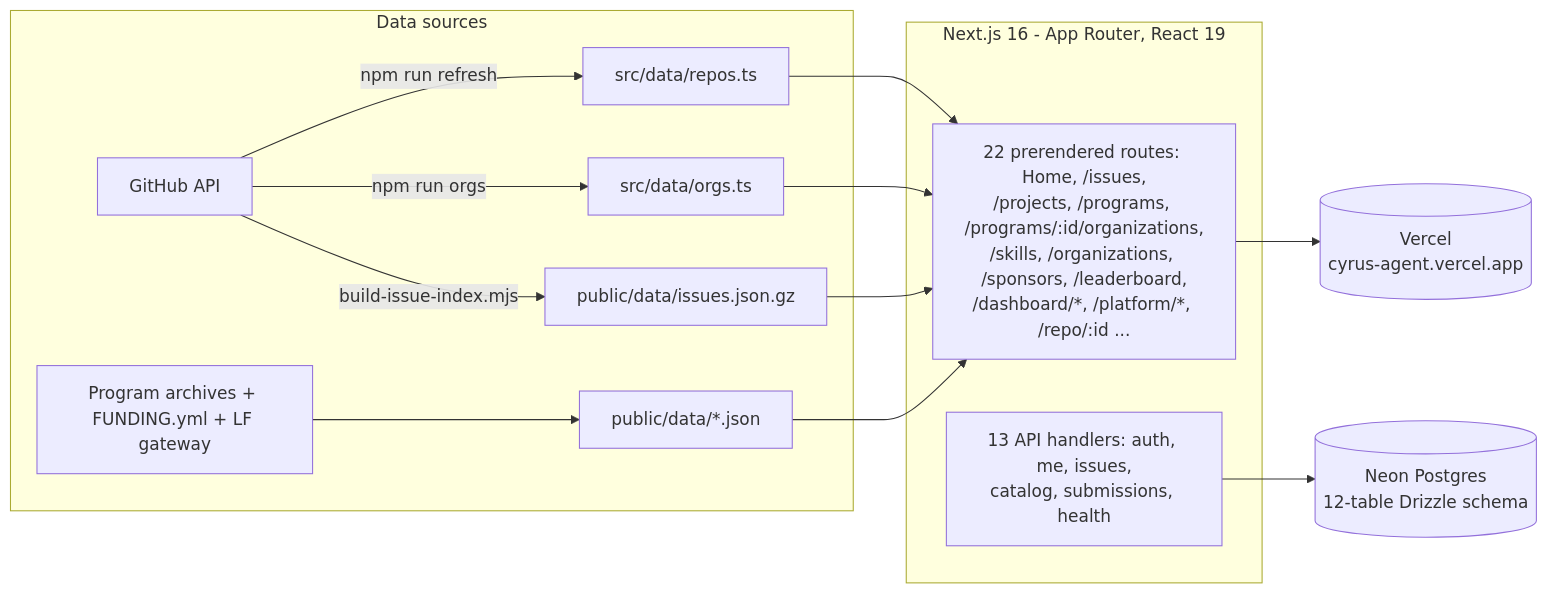
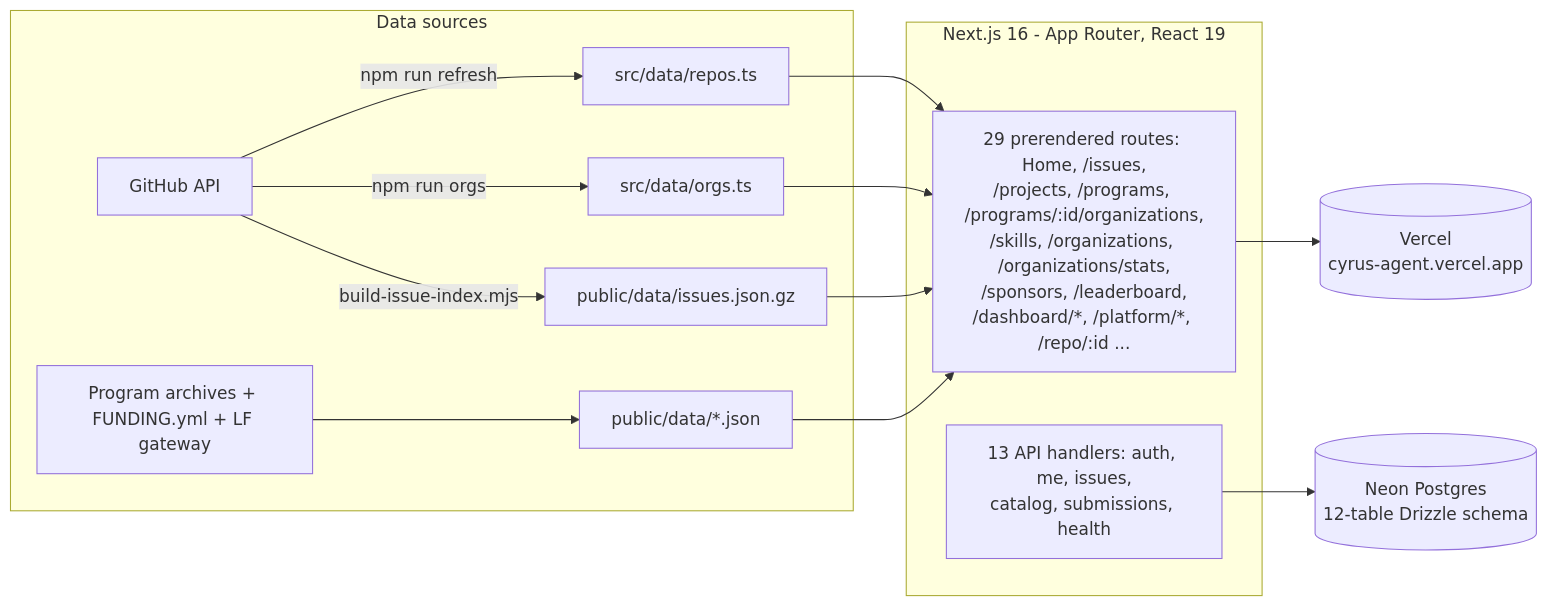
One commit to Harshit214713/cyrus changed the second of 2 diagrams in README.md. Above: the diagram before and after it, drawn with Mermaid. The commit also changed other lines of this file and 32 other files, not shown here.

````diff
--- a/README.md
+++ b/README.md
@@ -333,15 +336,15 @@
 ```mermaid
 flowchart LR
     subgraph sources [Data sources]
         GH[GitHub API] -->|npm run refresh| D1[src/data/repos.ts]
         GH -->|npm run orgs| D2[src/data/orgs.ts]
         GH -->|build-issue-index.mjs| D3[public/data/issues.json.gz]
         SOC[Program archives + FUNDING.yml + LF gateway] --> D4[public/data/*.json]
     end
     subgraph app [Next.js 16 - App Router, React 19]
-        D1 & D2 & D3 & D4 --> PAGES[22 prerendered routes: Home, /issues,<br/>/projects, /programs, /programs/:id/organizations,<br/>/skills, /organizations, /sponsors, /leaderboard,<br/>/dashboard/*, /platform/*, /repo/:id ...]
+        D1 & D2 & D3 & D4 --> PAGES[29 prerendered routes: Home, /issues,<br/>/projects, /programs, /programs/:id/organizations,<br/>/skills, /organizations, /organizations/stats,<br/>/sponsors, /leaderboard,<br/>/dashboard/*, /platform/*, /repo/:id ...]
         API[13 API handlers: auth, me, issues,<br/>catalog, submissions, health]
     end
     PAGES --> V[(Vercel<br/>cyrus-agent.vercel.app)]
     API --> DB[(Neon Postgres<br/>12-table Drizzle schema)]
 ```
````
